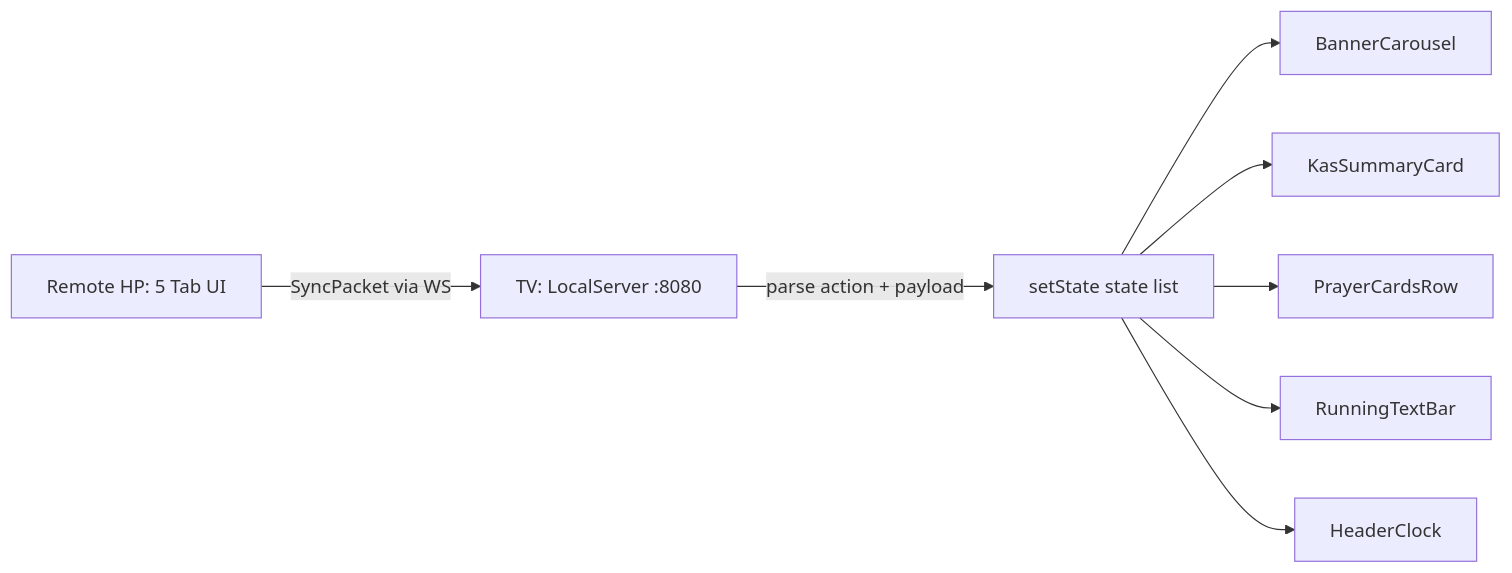
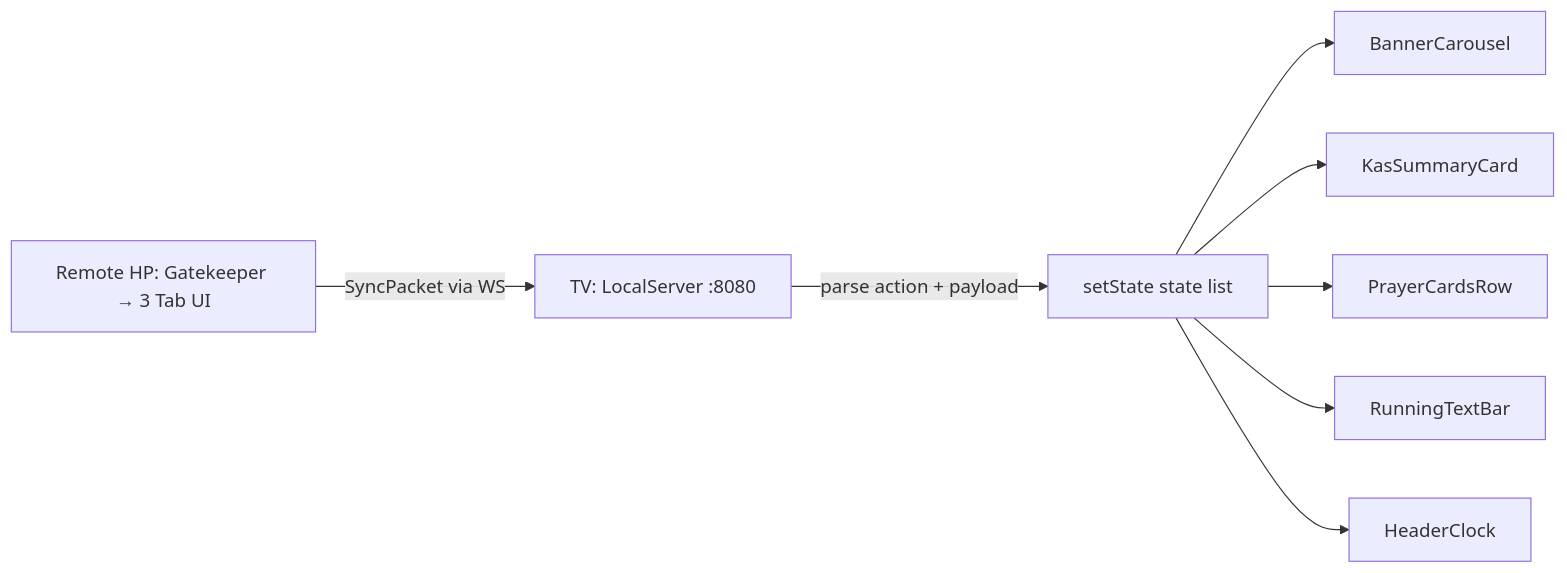
One commit to nyanpoketto-kujira/masjid-you changed the diagram in docs/MAP.md. Above: the diagram before and after it, drawn with Mermaid. The commit also changed other lines of this file and 37 other files, not shown here.

First line of the commit message:
feat: TV admin panel D-Pad, PIN challenge-response BT, connection gatekeeper remote (#6)

````diff
--- a/docs/MAP.md
+++ b/docs/MAP.md
@@ -76,10 +72,10 @@
 ```mermaid
 flowchart LR
-    A[Remote HP: 5 Tab UI] -->|SyncPacket via WS| B[TV: LocalServer :8080]
+    A[Remote HP: Gatekeeper → 3 Tab UI] -->|SyncPacket via WS| B[TV: LocalServer :8080]
     B -->|parse action + payload| C[setState state list]
     C --> D[BannerCarousel]
     C --> E[KasSummaryCard]
     C --> F[PrayerCardsRow]
     C --> G[RunningTextBar]
     C --> H[HeaderClock]
 ```
````
